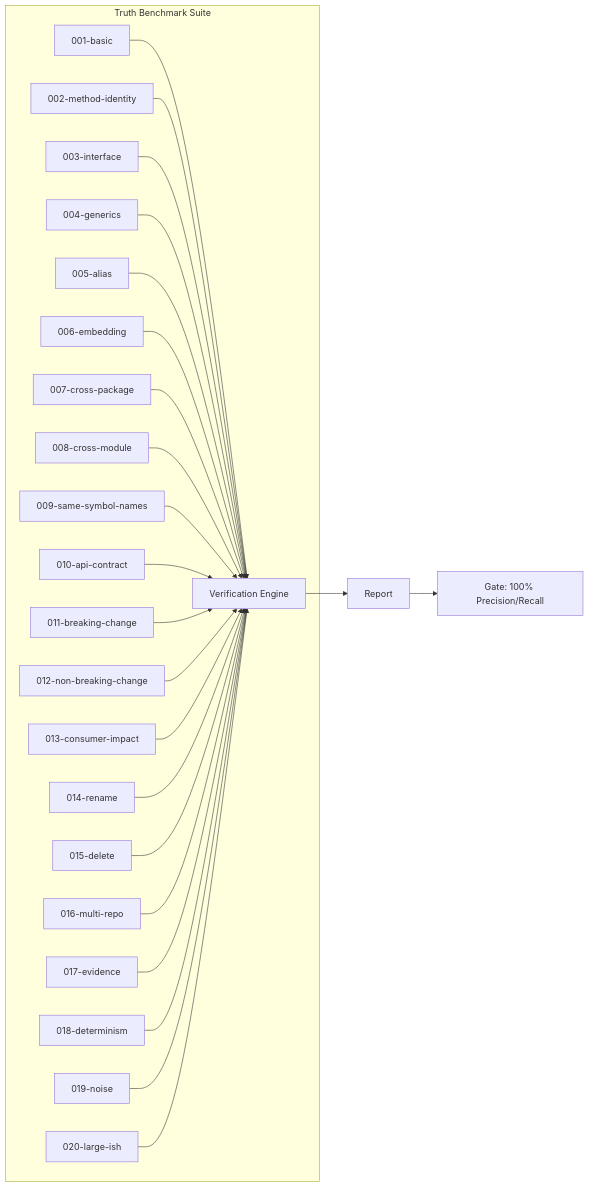
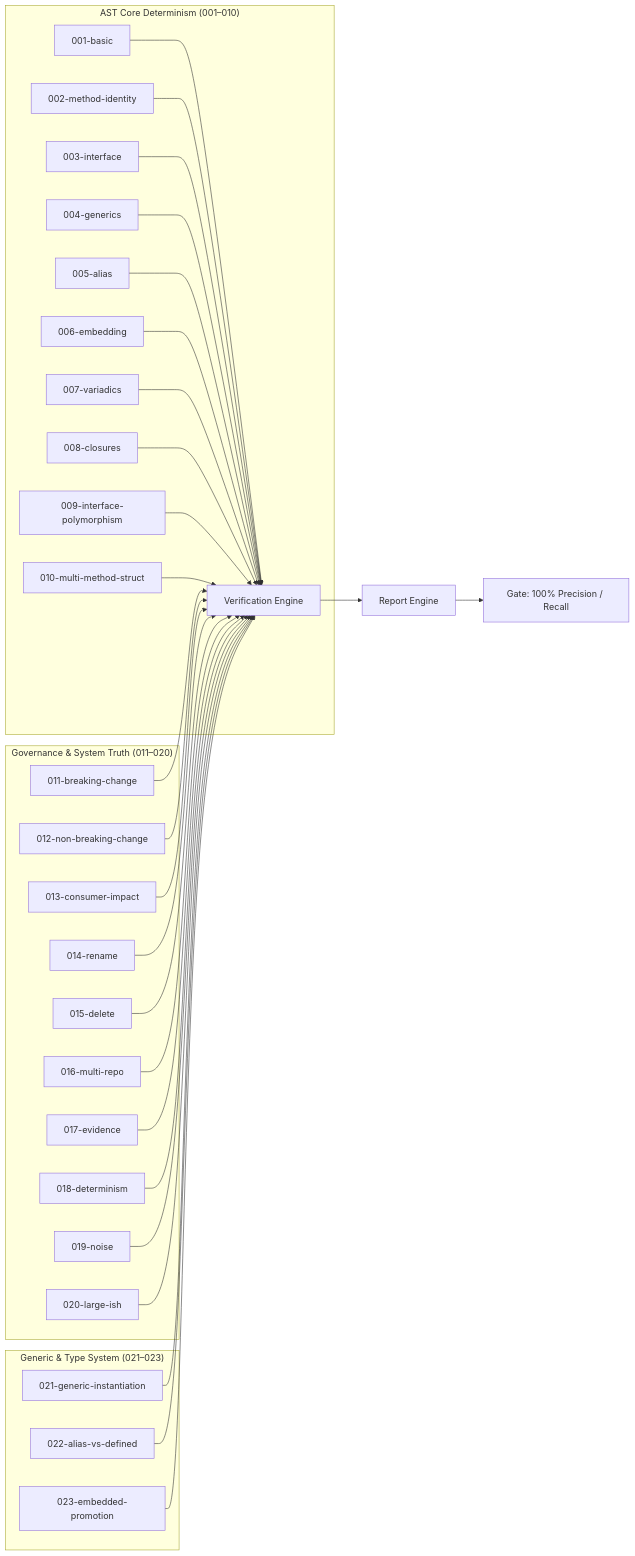
Before and after one commit to myshra777-ai/garuda: the second of 7 diagrams in README.md, drawn with Mermaid. The commit also changed other lines of this file, not shown here.

First line of the commit message:
docs(readme): reflect V5 semantic engine milestones, 100% benchmark gates, and green CI ledger status

````diff
--- a/README.md
+++ b/README.md
@@ -143,27 +108,37 @@
 ```mermaid
 flowchart LR
-    subgraph Suite["Truth Benchmark Suite"]
+    subgraph Suite1["AST Core Determinism (001–010)"]
         F1[001-basic] --> V[Verification Engine]
         F2[002-method-identity] --> V
         F3[003-interface] --> V
         F4[004-generics] --> V
         F5[005-alias] --> V
         F6[006-embedding] --> V
-        F7[007-cross-package] --> V
-        F8[008-cross-module] --> V
-        F9[009-same-symbol-names] --> V
-        F10[010-api-contract] --> V
+        F7[007-variadics] --> V
+        F8[008-closures] --> V
+        F9[009-interface-polymorphism] --> V
+        F10[010-multi-method-struct] --> V
+    end
+
+    subgraph Suite2["Governance & System Truth (011–020)"]
         F11[011-breaking-change] --> V
         F12[012-non-breaking-change] --> V
         F13[013-consumer-impact] --> V
         F14[014-rename] --> V
         F15[015-delete] --> V
         F16[016-multi-repo] --> V
         F17[017-evidence] --> V
         F18[018-determinism] --> V
         F19[019-noise] --> V
         F20[020-large-ish] --> V
     end
-    V --> R[Report]
-    R --> G[Gate: 100% Precision/Recall]
+
+    subgraph Suite3["Generic & Type System (021–023)"]
+        F21[021-generic-instantiation] --> V
+        F22[022-alias-vs-defined] --> V
+        F23[023-embedded-promotion] --> V
+    end
+    
+    V --> R[Report Engine]
+    R --> G[Gate: 100% Precision / Recall]
 ```
````
